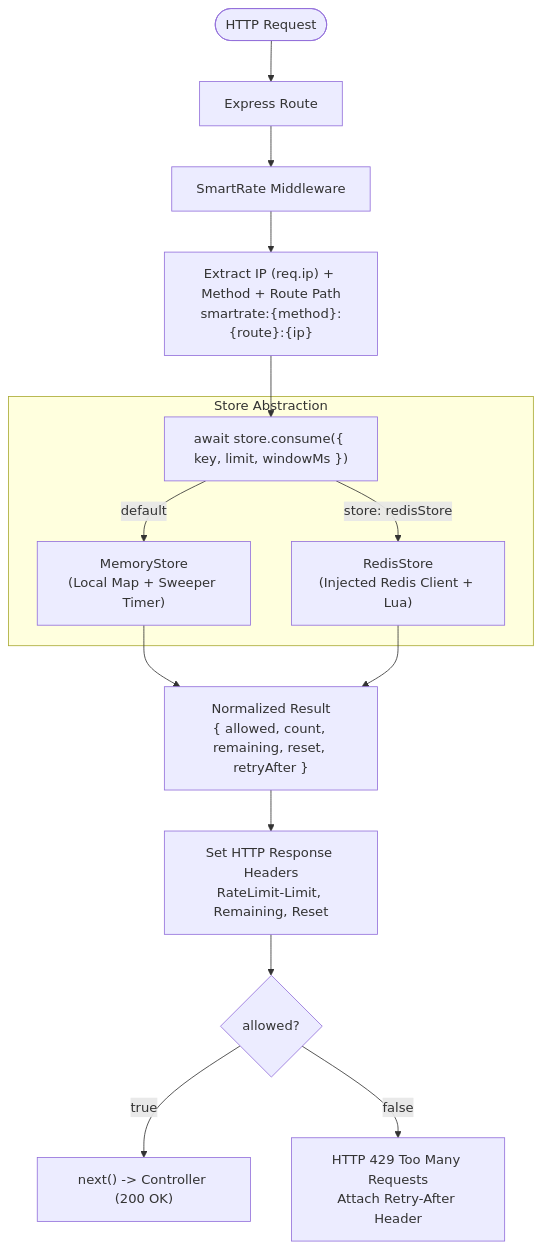
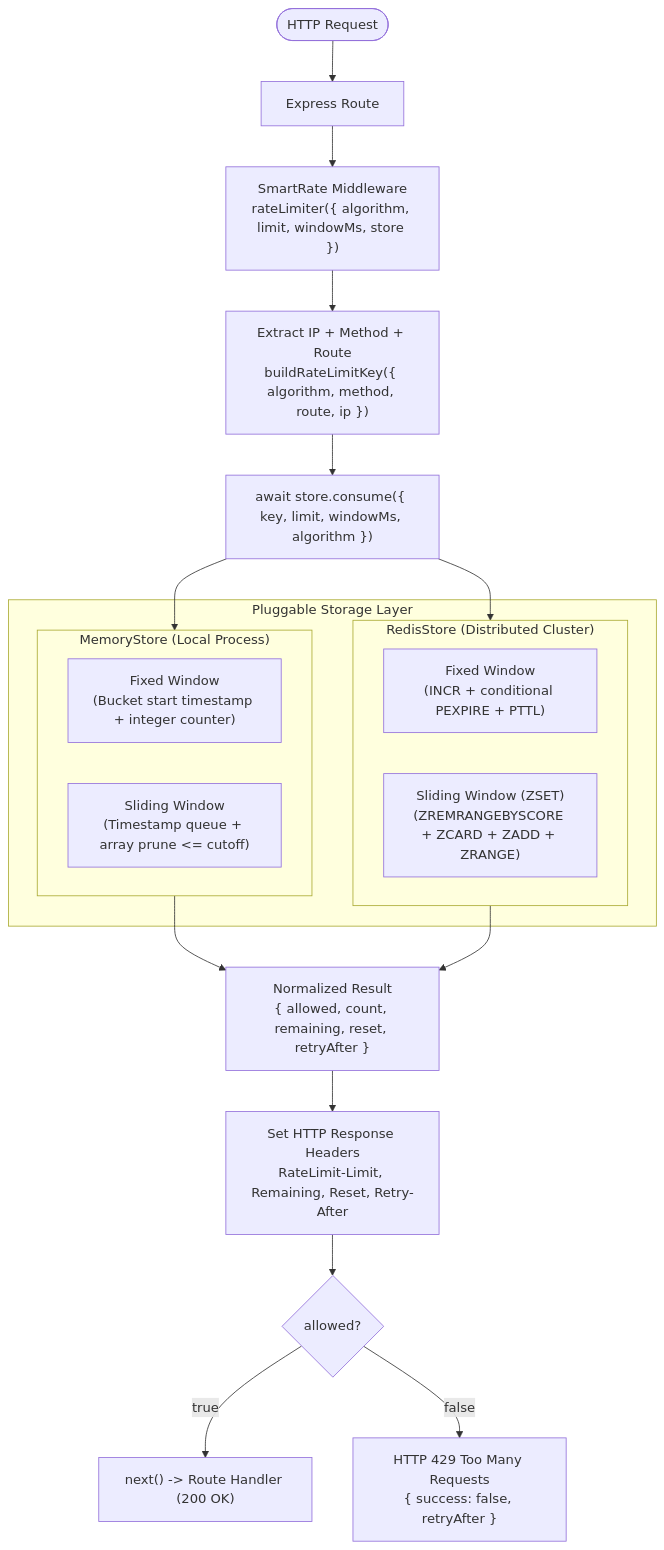
Before and after one commit to Anivesh91/LimitForge: the first of 2 diagrams in README.md, drawn with Mermaid. The commit also changed other lines of this file, not shown here.

Commit message:
update readme with sliding window architecture

````diff
--- a/README.md
+++ b/README.md
@@ -53,20 +83,30 @@
 ```mermaid
 flowchart TD
     Req([HTTP Request]) --> Router[Express Route]
-    Router --> Middleware[SmartRate Middleware]
-    Middleware --> KeyGen["Extract IP (req.ip) + Method + Route Path<br/>smartrate:{method}:{route}:{ip}"]
-    KeyGen --> StoreConsume["await store.consume({ key, limit, windowMs })"]
+    Router --> Middleware["SmartRate Middleware<br/>rateLimiter({ algorithm, limit, windowMs, store })"]
+    Middleware --> KeyGen["Extract IP + Method + Route<br/>buildRateLimitKey({ algorithm, method, route, ip })"]
+    KeyGen --> StoreConsume["await store.consume({ key, limit, windowMs, algorithm })"]
 
-    subgraph StoreLayer ["Store Abstraction"]
-        StoreConsume -->|"default"| MemoryStore["MemoryStore<br/>(Local Map + Sweeper Timer)"]
-        StoreConsume -->|"store: redisStore"| RedisStore["RedisStore<br/>(Injected Redis Client + Lua)"]
+    subgraph StoreEngines ["Pluggable Storage Layer"]
+        subgraph MemoryStore ["MemoryStore (Local Process)"]
+            M_FW["Fixed Window<br/>(Bucket start timestamp + integer counter)"]
+            M_SW["Sliding Window<br/>(Timestamp queue + array prune <= cutoff)"]
+        end
+
+        subgraph RedisStore ["RedisStore (Distributed Cluster)"]
+            R_FW["Fixed Window<br/>(INCR + conditional PEXPIRE + PTTL)"]
+            R_SW["Sliding Window (ZSET)<br/>(ZREMRANGEBYSCORE + ZCARD + ZADD + ZRANGE)"]
+        end
     end
+
+    StoreConsume --> MemoryStore
+    StoreConsume --> RedisStore
 
     MemoryStore --> Result["Normalized Result<br/>{ allowed, count, remaining, reset, retryAfter }"]
     RedisStore --> Result
 
-    Result --> SetHeaders["Set HTTP Response Headers<br/>RateLimit-Limit, Remaining, Reset"]
+    Result --> SetHeaders["Set HTTP Response Headers<br/>RateLimit-Limit, Remaining, Reset, Retry-After"]
     SetHeaders --> Decision{"allowed?"}
-    Decision -->|"true"| Next["next() -> Controller (200 OK)"]
-    Decision -->|"false"| Block["HTTP 429 Too Many Requests<br/>Attach Retry-After Header"]
+    Decision -->|"true"| Next["next() -> Route Handler (200 OK)"]
+    Decision -->|"false"| Block["HTTP 429 Too Many Requests<br/>{ success: false, retryAfter }"]
 ```
````
